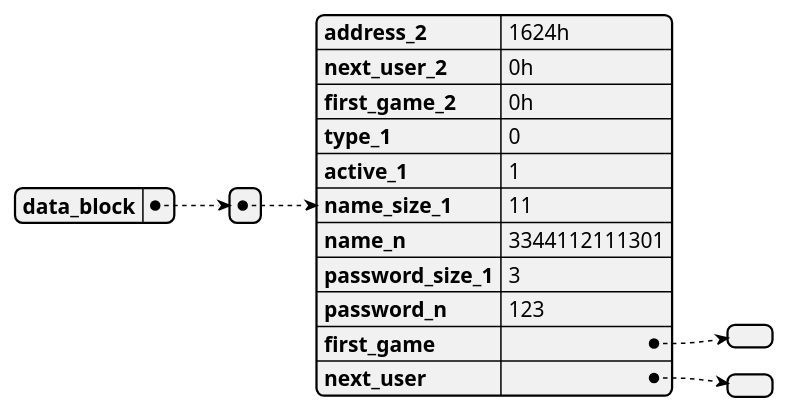
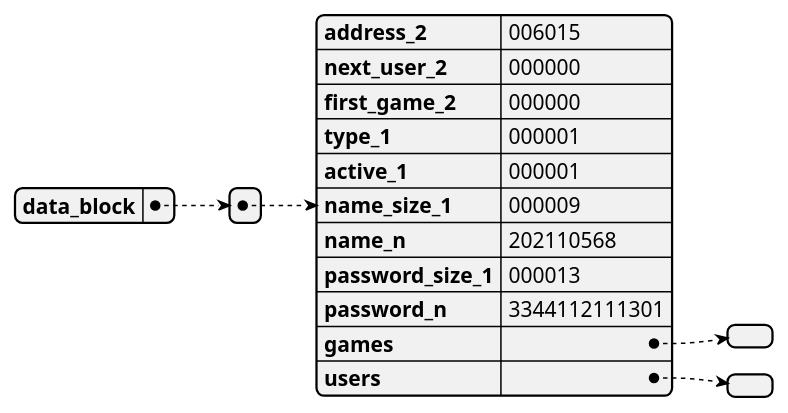
One commit to damianpeaf/ACE1_Proyecto2 changed the first of 3 diagrams in docs/tech/Readme.md. Above: the diagram before and after it, drawn with PlantUML. The commit also changed other lines of this file and 1 other file, not shown here.

````diff
--- a/docs/tech/Readme.md
+++ b/docs/tech/Readme.md
@@ -60,24 +60,24 @@
 ```plantuml
 @startjson
 {
-    "data_block": [
-        {
-            "address_2": "1624h",
-            "next_user_2": "0h",
-            "first_game_2": "0h",
-            "type_1": 0,
-            "active_1": 1,
-            "name_size_1": 11,
-            "name_n": "3344112111301",
-            "password_size_1": 3,
-            "password_n": "123",
-            "first_game": [
-            ],
-            "next_user": [
-            ]
-        }
-    ]
+"data_block": [
+{
+"address_2": "006015",
+"next_user_2": "000000",
+"first_game_2": "000000",
+"type_1": "000001",
+"active_1": "000001",
+"name_size_1": "000009",
+"name_n": "202110568",
+"password_size_1": "000013",
+"password_n": "3344112111301",
+"games": [
+]
+,
+"users": [
+]
 }
-
+]
+}
 @endjson
 ```
````
